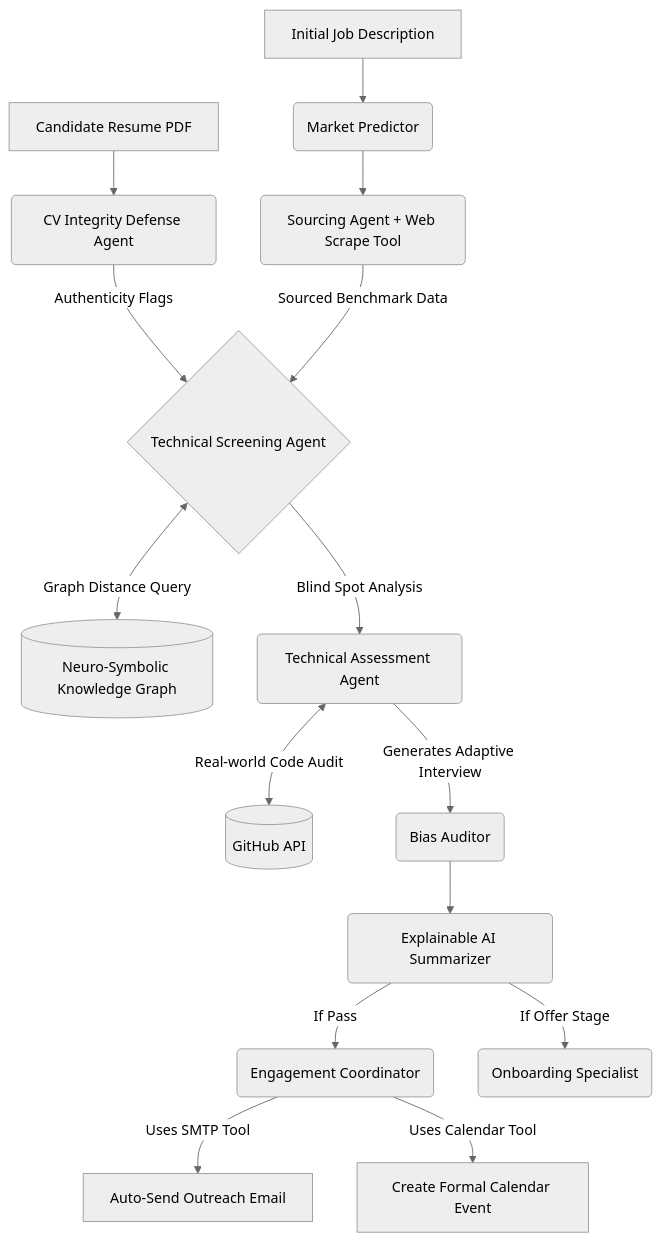
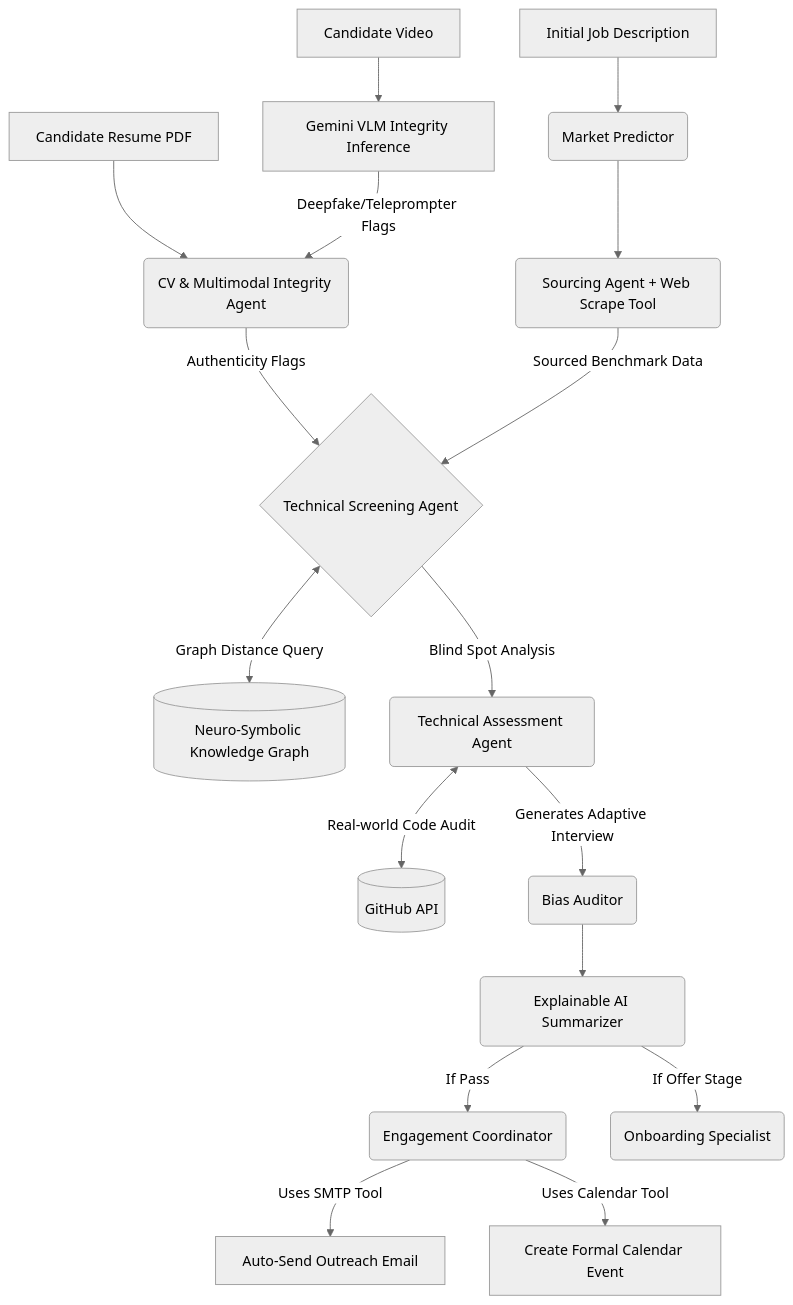
Before and after one commit to ananya-giri/Smart-Hire: the diagram in RESEARCH_REPORT.md, drawn with Mermaid (neutral theme). The commit also changed other lines of this file and 3 other files, not shown here.

Commit message:
feat: Add Multimodal Integrity Checker (Anti-deepfake & Teleprompter detection) via Gemini Vision

````diff
--- a/RESEARCH_REPORT.md
+++ b/RESEARCH_REPORT.md
@@ -55,23 +57,26 @@
 ```mermaid
 graph TD
     A[Initial Job Description] --> B(Market Predictor)
     B --> C(Sourcing Agent + Web Scrape Tool)
     
-    D[Candidate Resume PDF] --> E(CV Integrity Defense Agent)
+    V[Candidate Video] --> V1[Gemini VLM Integrity Inference]
+    D[Candidate Resume PDF] --> E(CV & Multimodal Integrity Agent)
+    V1 -- Deepfake/Teleprompter Flags --> E
+    
     E -- Authenticity Flags --> F{Technical Screening Agent}
     C -- Sourced Benchmark Data --> F
     
     F <--> |Graph Distance Query| G[(Neuro-Symbolic Knowledge Graph)]
     
     F -- Blind Spot Analysis --> X(Technical Assessment Agent)
     X <--> |Real-world Code Audit| Y[(GitHub API)]
     X -- Generates Adaptive Interview --> H(Bias Auditor)
     
     H --> I(Explainable AI Summarizer)
     
     I -- If Pass --> J(Engagement Coordinator)
     J -- Uses SMTP Tool --> K[Auto-Send Outreach Email]
     J -- Uses Calendar Tool --> L[Create Formal Calendar Event]
     
     I -- If Offer Stage --> M(Onboarding Specialist)
 ```
````
